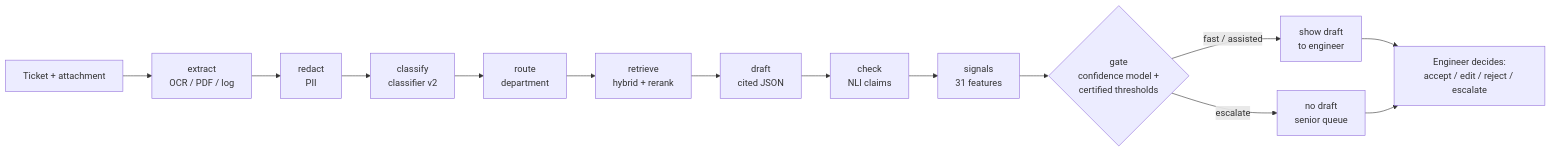
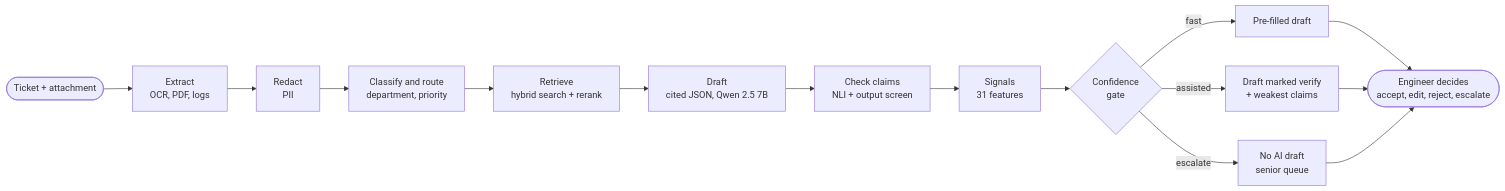
One commit to Rishikesh10925/Ticket_Sense changed the diagram in README.md. Above: the diagram before and after it, drawn with Mermaid. The commit also changed other lines of this file, not shown here.

````diff
--- a/README.md
+++ b/README.md
@@ -112,16 +96,17 @@
 ```mermaid
 flowchart LR
-    T[Ticket + attachment] --> X[extract<br/>OCR / PDF / log]
-    X --> R[redact<br/>PII]
-    R --> C[classify<br/>classifier v2]
-    C --> RT[route<br/>department]
-    RT --> RV[retrieve<br/>hybrid + rerank]
-    RV --> D[draft<br/>cited JSON]
-    D --> K[check<br/>NLI claims]
-    K --> S[signals<br/>31 features]
-    S --> G{gate<br/>confidence model +<br/>certified thresholds}
-    G -->|fast / assisted| SH[show draft<br/>to engineer]
-    G -->|escalate| E[no draft<br/>senior queue]
-    SH --> H[Engineer decides:<br/>accept / edit / reject / escalate]
+    T(["Ticket + attachment"]) --> X["Extract<br/>OCR, PDF, logs"]
+    X --> R["Redact<br/>PII"]
+    R --> C["Classify and route<br/>department, priority"]
+    C --> RV["Retrieve<br/>hybrid search + rerank"]
+    RV --> D["Draft<br/>cited JSON, Qwen 2.5 7B"]
+    D --> K["Check claims<br/>NLI + output screen"]
+    K --> S["Signals<br/>31 features"]
+    S --> G{"Confidence<br/>gate"}
+    G -->|fast| F["Pre-filled draft"]
+    G -->|assisted| A["Draft marked verify<br/>+ weakest claims"]
+    G -->|escalate| E["No AI draft<br/>senior queue"]
+    F --> H(["Engineer decides<br/>accept, edit, reject, escalate"])
+    A --> H
     E --> H
 ```
````
